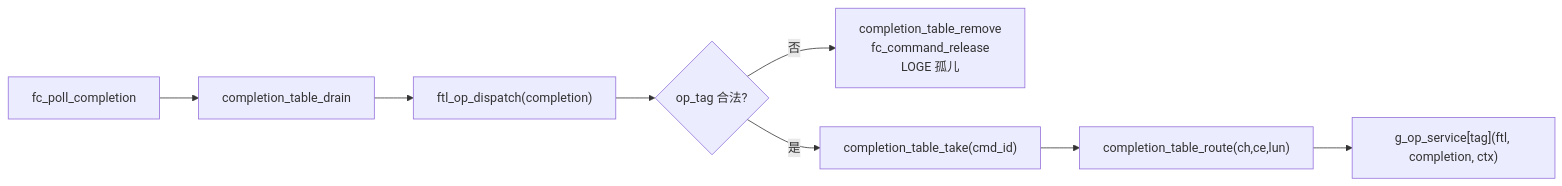
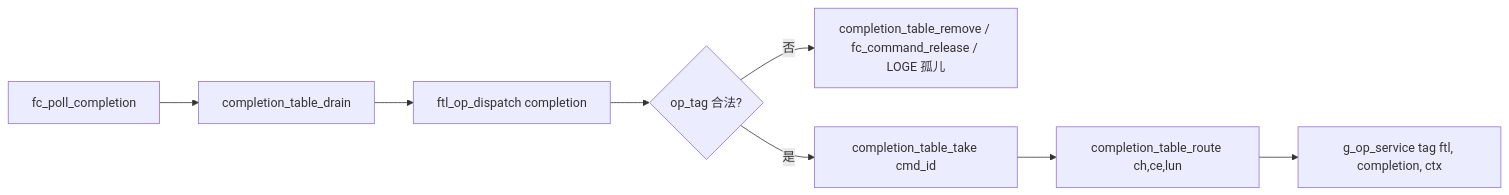
One commit to YzYMIAO/BASESSD changed diagram 14 of 28 in docs/design/ftl_design.md. Above: the diagram before and after it, drawn with Mermaid. The commit also changed other lines of this file, not shown here.

First line of the commit message:
docs(ftl): 修复 6 张 stateDiagram 的围栏粘连

````diff
--- a/docs/design/ftl_design.md
+++ b/docs/design/ftl_design.md
@@ -2145,10 +2145,10 @@
 ```mermaid
 flowchart LR
     A["fc_poll_completion"] --> B["completion_table_drain"]
-    B --> C["ftl_op_dispatch(completion)"]
+    B --> C["ftl_op_dispatch completion"]
     C --> D{"op_tag 合法?"}
-    D -- "否" --> E["completion_table_remove<br/>fc_command_release<br/>LOGE 孤儿 "]
-    D -- "是" --> F["completion_table_take(cmd_id)"]
-    F --> G["completion_table_route(ch,ce,lun)"]
-    G --> H["g_op_service[tag](ftl, completion, ctx)"]
+    D -- "否" --> E["completion_table_remove / fc_command_release / LOGE 孤儿"]
+    D -- "是" --> F["completion_table_take cmd_id"]
+    F --> G["completion_table_route ch,ce,lun"]
+    G --> H["g_op_service tag ftl, completion, ctx"]
 ```
````
